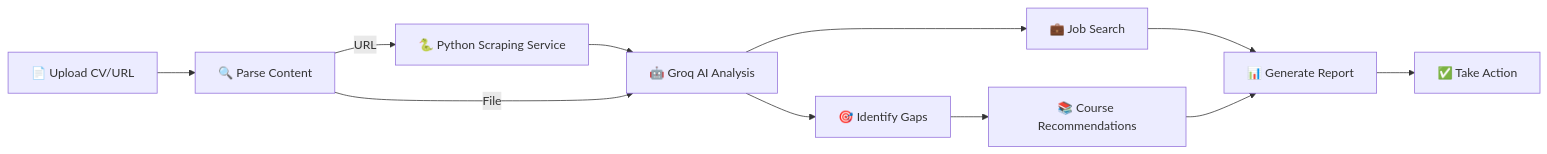
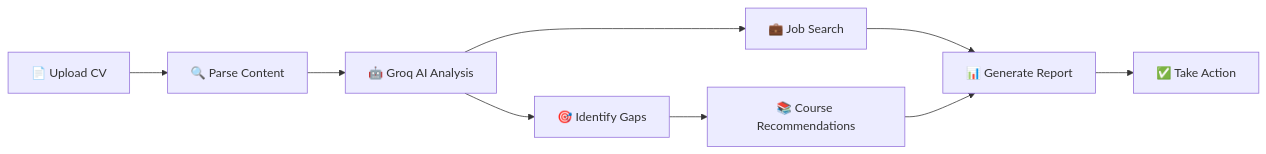
Before and after one commit to SamoTech/Wazivo: the diagram in README.md, drawn with Mermaid. The commit also changed other lines of this file and 9 other files, not shown here.

````diff
--- a/README.md
+++ b/README.md
@@ -274,13 +238,11 @@
 ```mermaid
 graph LR
-    A[📄 Upload CV/URL] --> B[🔍 Parse Content]
-    B -->|URL| B1[🐍 Python Scraping Service]
-    B1 --> C[🤖 Groq AI Analysis]
-    B -->|File| C
+    A[📄 Upload CV] --> B[🔍 Parse Content]
+    B --> C[🤖 Groq AI Analysis]
     C --> D[💼 Job Search]
     C --> E[🎯 Identify Gaps]
     E --> F[📚 Course Recommendations]
     D --> G[📊 Generate Report]
     F --> G
     G --> H[✅ Take Action]
 ```
````
